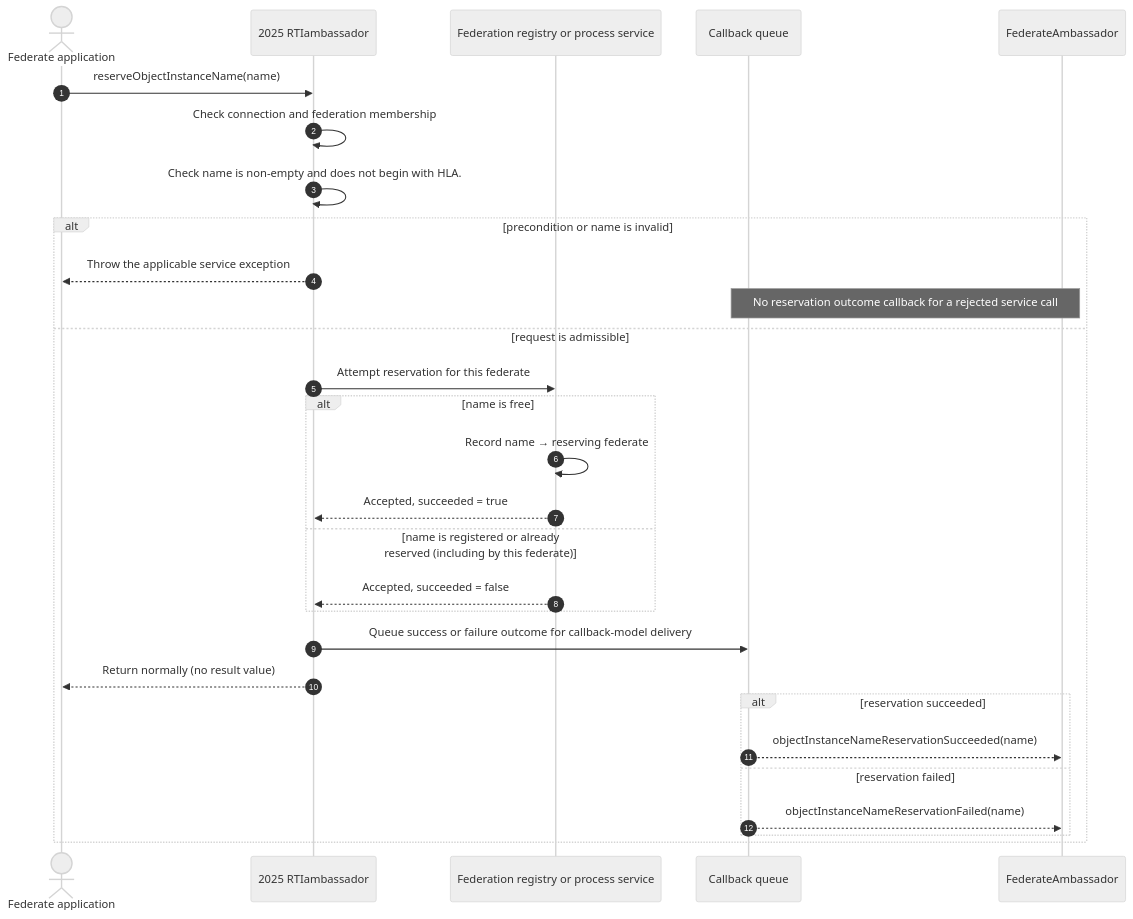
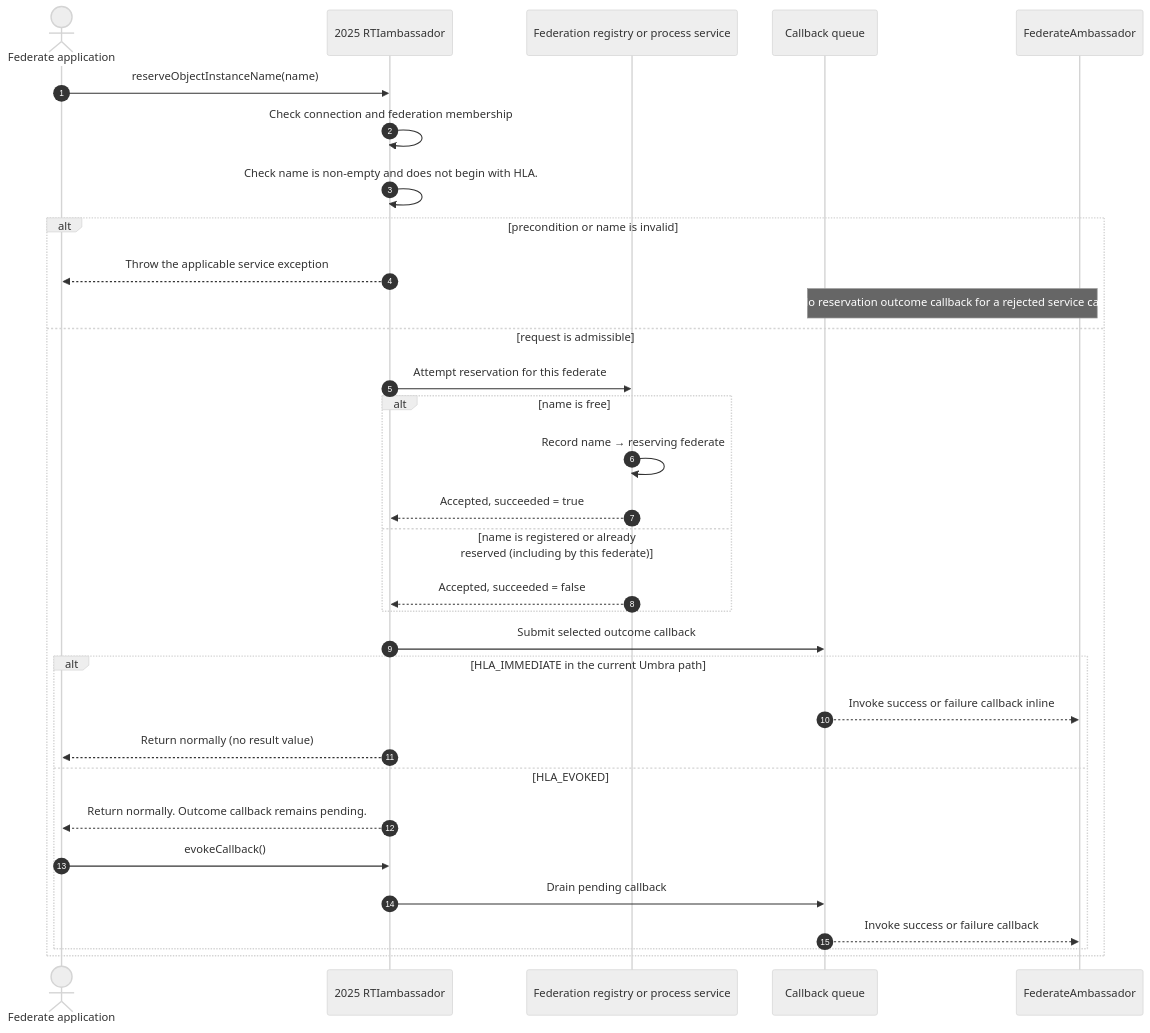
The second of 7 diagrams in docs/design/HLA-2025-OBJECT-INSTANCE-NAME-RESERVATION-FLOW-GUIDE.md (sheepfling/umbra), drawn with Mermaid (neutral theme) before and after one commit. The commit also changed other lines of this file and 822 other files, not shown here.

````diff
--- a/docs/design/HLA-2025-OBJECT-INSTANCE-NAME-RESERVATION-FLOW-GUIDE.md
+++ b/docs/design/HLA-2025-OBJECT-INSTANCE-NAME-RESERVATION-FLOW-GUIDE.md
@@ -45,32 +91,35 @@
 ```mermaid
 sequenceDiagram
   autonumber
   actor App as Federate application
   participant RTI as 2025 RTIambassador
   participant State as Federation registry or process service
   participant Queue as Callback queue
   participant FA as FederateAmbassador
 
   App->>RTI: reserveObjectInstanceName(name)
   RTI->>RTI: Check connection and federation membership
   RTI->>RTI: Check name is non-empty and does not begin with HLA.
   alt precondition or name is invalid
     RTI-->>App: Throw the applicable service exception
     Note over Queue,FA: No reservation outcome callback for a rejected service call
   else request is admissible
     RTI->>State: Attempt reservation for this federate
     alt name is free
       State->>State: Record name → reserving federate
       State-->>RTI: Accepted, succeeded = true
     else name is registered or already reserved (including by this federate)
       State-->>RTI: Accepted, succeeded = false
     end
-    RTI->>Queue: Queue success or failure outcome for callback-model delivery
-    RTI-->>App: Return normally (no result value)
-    alt reservation succeeded
-      Queue-->>FA: objectInstanceNameReservationSucceeded(name)
-    else reservation failed
-      Queue-->>FA: objectInstanceNameReservationFailed(name)
+    RTI->>Queue: Submit selected outcome callback
+    alt HLA_IMMEDIATE in the current Umbra path
+      Queue-->>FA: Invoke success or failure callback inline
+      RTI-->>App: Return normally (no result value)
+    else HLA_EVOKED
+      RTI-->>App: Return normally. Outcome callback remains pending.
+      App->>RTI: evokeCallback()
+      RTI->>Queue: Drain pending callback
+      Queue-->>FA: Invoke success or failure callback
     end
   end
 ```
````
